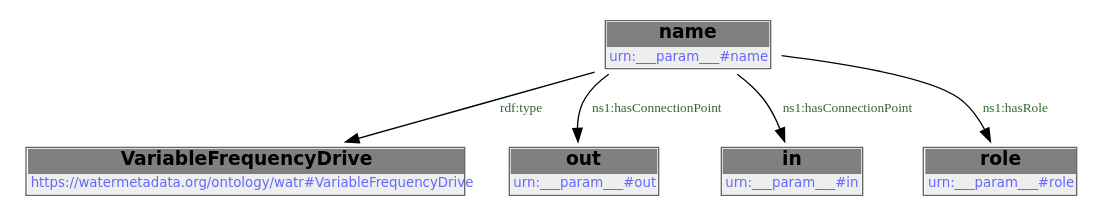
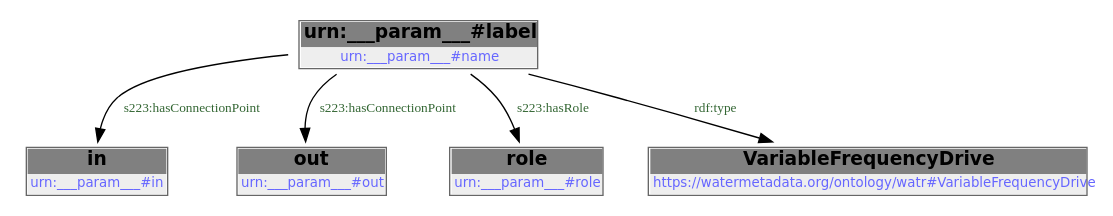
One commit to DataDrivenCPS/water-ontology changed the diagram in docs/libraries/templates/vfd.rst. Above: the diagram before and after it, drawn with Graphviz. The commit also changed other lines of this file and 83 other files, not shown here.

```diff
--- a/docs/libraries/templates/vfd.rst
+++ b/docs/libraries/templates/vfd.rst
@@ -78,14 +78,19 @@
-        .. graphviz::
+.. graphviz::
 
-                digraph G {
-            node [fontname="DejaVu Sans"];
-            node0 -> node1 [color=BLACK, label=< <font point-size='10' color='#336633'>rdf:type</font> >];
-            node0 -> node2 [color=BLACK, label=< <font point-size='10' color='#336633'>ns1:hasConnectionPoint</font> >];
-            node0 -> node3 [color=BLACK, label=< <font point-size='10' color='#336633'>ns1:hasConnectionPoint</font> >];
-            node0 -> node4 [color=BLACK, label=< <font point-size='10' color='#336633'>ns1:hasRole</font> >];
-            node0 [shape=none, color=black, label=< <table color='#666666' cellborder='0' cellspacing='0' border='1'><tr><td colspan='2' bgcolor='grey'><B>name</B></td></tr><tr><td href='urn:___param___#name' bgcolor='#eeeeee' colspan='2'><font point-size='10' color='#6666ff'>urn:___param___#name</font></td></tr></table> >];
-            node1 [shape=none, color=black, label=< <table color='#666666' cellborder='0' cellspacing='0' border='1'><tr><td colspan='2' bgcolor='grey'><B>VariableFrequencyDrive</B></td></tr><tr><td href='https://watermetadata.org/ontology/watr#VariableFrequencyDrive' bgcolor='#eeeeee' colspan='2'><font point-size='10' color='#6666ff'>https://watermetadata.org/ontology/watr#VariableFrequencyDrive</font></td></tr></table> >];
-            node2 [shape=none, color=black, label=< <table color='#666666' cellborder='0' cellspacing='0' border='1'><tr><td colspan='2' bgcolor='grey'><B>out</B></td></tr><tr><td href='urn:___param___#out' bgcolor='#eeeeee' colspan='2'><font point-size='10' color='#6666ff'>urn:___param___#out</font></td></tr></table> >];
-            node3 [shape=none, color=black, label=< <table color='#666666' cellborder='0' cellspacing='0' border='1'><tr><td colspan='2' bgcolor='grey'><B>in</B></td></tr><tr><td href='urn:___param___#in' bgcolor='#eeeeee' colspan='2'><font point-size='10' color='#6666ff'>urn:___param___#in</font></td></tr></table> >];
-            node4 [shape=none, color=black, label=< <table color='#666666' cellborder='0' cellspacing='0' border='1'><tr><td colspan='2' bgcolor='grey'><B>role</B></td></tr><tr><td href='urn:___param___#role' bgcolor='#eeeeee' colspan='2'><font point-size='10' color='#6666ff'>urn:___param___#role</font></td></tr></table> >];
-            }
+    digraph {
+     node [ fontname="DejaVu Sans" ] ;
+        node0 -> node1 [ color=BLACK, label=< <font point-size='10' color='#336633'>s223:hasConnectionPoint</font> > ] ;
+        node0 -> node2 [ color=BLACK, label=< <font point-size='10' color='#336633'>s223:hasConnectionPoint</font> > ] ;
+        node0 -> node3 [ color=BLACK, label=< <font point-size='10' color='#336633'>s223:hasRole</font> > ] ;
+        node0 -> node4 [ color=BLACK, label=< <font point-size='10' color='#336633'>rdf:type</font> > ] ;
+    # urn:___param___#name node0
+    node0 [ shape=none, color=black label=< <table color='#666666' cellborder='0' cellspacing='0' border='1'><tr><td colspan='2' bgcolor='grey'><B>urn:___param___#label</B></td></tr><tr><td href='urn:___param___#name' bgcolor='#eeeeee' colspan='2'><font point-size='10' color='#6666ff'>urn:___param___#name</font></td></tr></table> > ]
+    # urn:___param___#in node1
+    node1 [ shape=none, color=black label=< <table color='#666666' cellborder='0' cellspacing='0' border='1'><tr><td colspan='2' bgcolor='grey'><B>in</B></td></tr><tr><td href='urn:___param___#in' bgcolor='#eeeeee' colspan='2'><font point-size='10' color='#6666ff'>urn:___param___#in</font></td></tr></table> > ]
+    # urn:___param___#out node2
+    node2 [ shape=none, color=black label=< <table color='#666666' cellborder='0' cellspacing='0' border='1'><tr><td colspan='2' bgcolor='grey'><B>out</B></td></tr><tr><td href='urn:___param___#out' bgcolor='#eeeeee' colspan='2'><font point-size='10' color='#6666ff'>urn:___param___#out</font></td></tr></table> > ]
+    # urn:___param___#role node3
+    node3 [ shape=none, color=black label=< <table color='#666666' cellborder='0' cellspacing='0' border='1'><tr><td colspan='2' bgcolor='grey'><B>role</B></td></tr><tr><td href='urn:___param___#role' bgcolor='#eeeeee' colspan='2'><font point-size='10' color='#6666ff'>urn:___param___#role</font></td></tr></table> > ]
+    # https://watermetadata.org/ontology/watr#VariableFrequencyDrive node4
+    node4 [ shape=none, color=black label=< <table color='#666666' cellborder='0' cellspacing='0' border='1'><tr><td colspan='2' bgcolor='grey'><B>VariableFrequencyDrive</B></td></tr><tr><td href='https://watermetadata.org/ontology/watr#VariableFrequencyDrive' bgcolor='#eeeeee' colspan='2'><font point-size='10' color='#6666ff'>https://watermetadata.org/ontology/watr#VariableFrequencyDrive</font></td></tr></table> > ]
+    }
```
